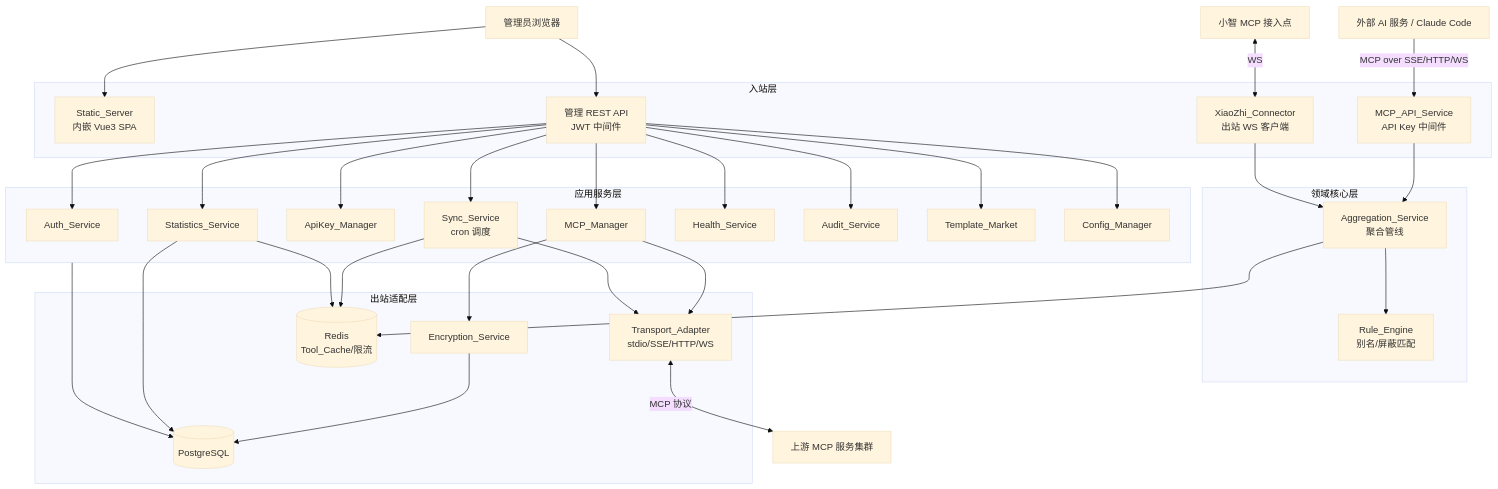
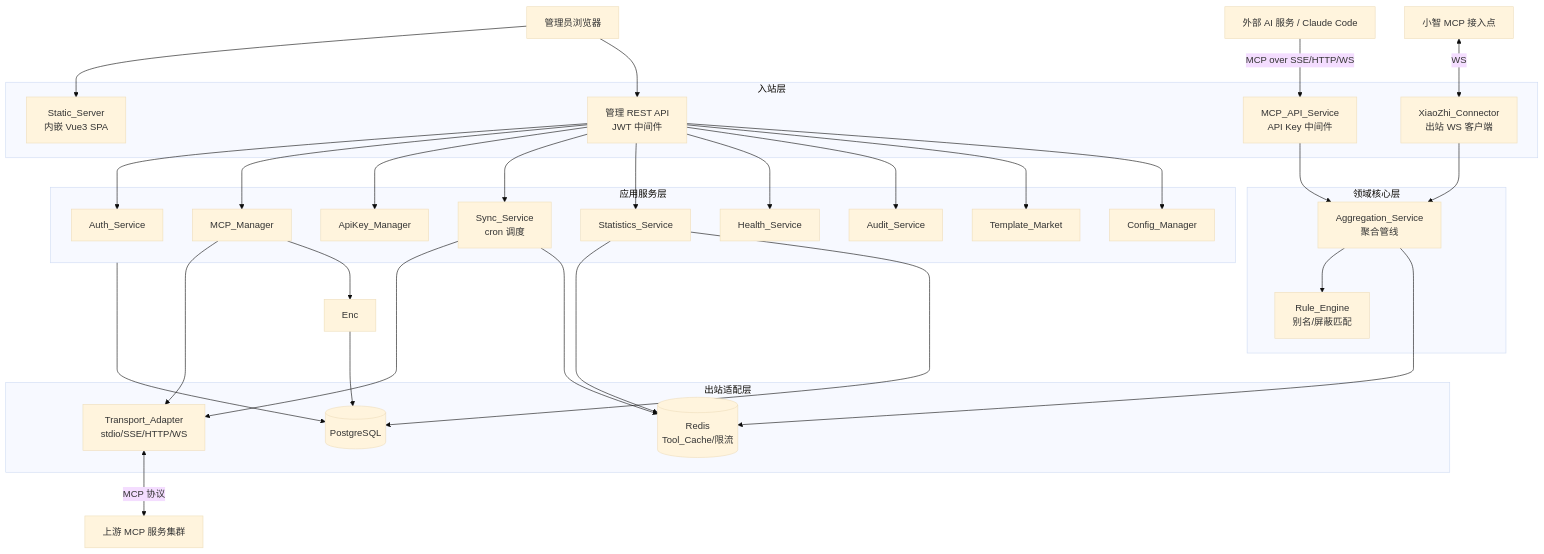
One commit to xylplm/mcp-proxy-gateway changed the first of 4 diagrams in .kiro/specs/mcp-proxy-gateway/design.md. Above: the diagram before and after it, drawn with Mermaid (base theme). The commit also changed other lines of this file and 37 other files, not shown here.

````diff
--- a/.kiro/specs/mcp-proxy-gateway/design.md
+++ b/.kiro/specs/mcp-proxy-gateway/design.md
@@ -27,57 +27,56 @@
 ```mermaid
 graph TB
     subgraph Inbound["入站层"]
         Static[Static_Server<br/>内嵌 Vue3 SPA]
         AdminAPI[管理 REST API<br/>JWT 中间件]
         MCPAPI[MCP_API_Service<br/>API Key 中间件]
         XZ[XiaoZhi_Connector<br/>出站 WS 客户端]
     end
 
     subgraph App["应用服务层"]
         Auth[Auth_Service]
         MCPMgr[MCP_Manager]
         ApiKeyMgr[ApiKey_Manager]
         Sync[Sync_Service<br/>cron 调度]
         Stats[Statistics_Service]
         Health[Health_Service]
         Audit[Audit_Service]
         TmplMkt[Template_Market]
         Cfg[Config_Manager]
     end
 
     subgraph Domain["领域核心层"]
         Agg[Aggregation_Service<br/>聚合管线]
         Rule[Rule_Engine<br/>别名/屏蔽匹配]
     end
 
     subgraph Outbound["出站适配层"]
         Trans[Transport_Adapter<br/>stdio/SSE/HTTP/WS]
-        Enc[Encryption_Service]
         PG[(PostgreSQL)]
         Redis[(Redis<br/>Tool_Cache/限流)]
     end
 
     Upstream[上游 MCP 服务集群]
     Client[外部 AI 服务 / Claude Code]
     XiaoZhiEP[小智 MCP 接入点]
 
     Client -->|MCP over SSE/HTTP/WS| MCPAPI
     Browser[管理员浏览器] --> Static
     Browser --> AdminAPI
     XiaoZhiEP <-->|WS| XZ
 
     AdminAPI --> Auth & MCPMgr & ApiKeyMgr & Sync & Stats & Health & Audit & TmplMkt & Cfg
     MCPAPI --> Agg
     XZ --> Agg
     Agg --> Rule
     Agg --> Redis
     MCPMgr --> Trans
     MCPMgr --> Enc
     Sync --> Trans
     Sync --> Redis
     Trans <-->|MCP 协议| Upstream
     App --> PG
     Enc --> PG
     Stats --> Redis
     Stats --> PG
 ```
````
